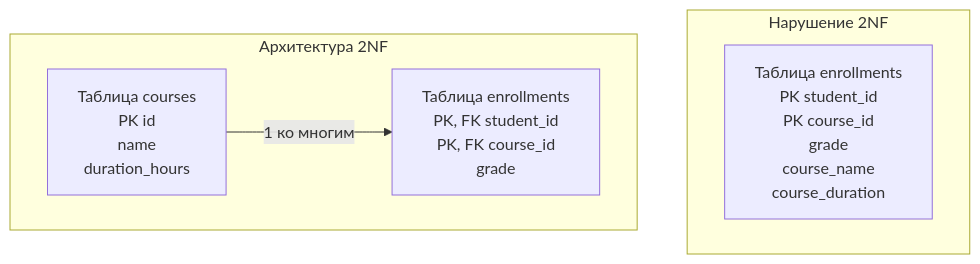
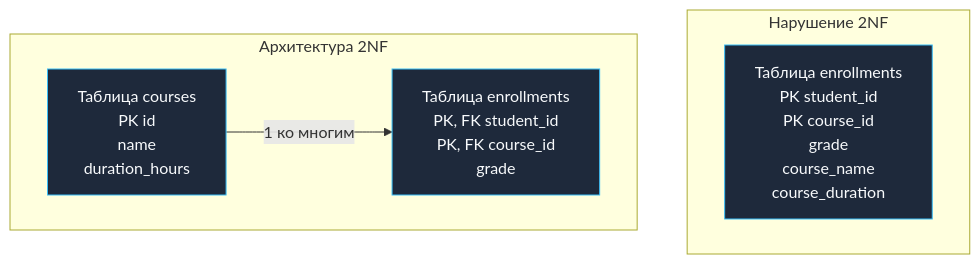
One commit to UnrealTemplier/go-textbook changed the diagram in sources/12. Базы данных/01. Введение и фундамент/11. Вторая нормальная форма 2NF.md. Above: the diagram before and after it, drawn with Mermaid. The commit also changed 1666 other files, not shown here.

First line of the commit message:
feat(mermaid): add semantic color classDef to 1369 colorless flowchart/graph diagrams

````diff
--- a/sources/12. Базы данных/01. Введение и фундамент/11. Вторая нормальная форма 2NF.md
+++ b/sources/12. Базы данных/01. Введение и фундамент/11. Вторая нормальная форма 2NF.md
@@ -52,13 +52,23 @@
 ```mermaid
 flowchart TD
+    classDef process  fill:#1e293b,stroke:#38bdf8,stroke-width:1px,color:#f8fafc
+    classDef success  fill:#064e3b,stroke:#34d399,stroke-width:1px,color:#f8fafc
+    classDef error    fill:#7f1d1d,stroke:#f87171,stroke-width:1px,color:#f8fafc
+    classDef warning  fill:#78350f,stroke:#fbbf24,stroke-width:1px,color:#f8fafc
+    classDef entry    fill:#1e3a5f,stroke:#38bdf8,stroke-width:2px,color:#f8fafc
+    classDef aux      fill:#334155,stroke:#64748b,stroke-width:1px,color:#f8fafc
+    classDef system   fill:#312e81,stroke:#a78bfa,stroke-width:1px,color:#f8fafc
+    classDef data     fill:#132d29,stroke:#2dd4bf,stroke-width:1px,color:#f8fafc
+    classDef network  fill:#881337,stroke:#fb7185,stroke-width:1px,color:#f8fafc
+    classDef accent   fill:#1e1b4b,stroke:#818cf8,stroke-width:1px,color:#f8fafc
     subgraph Нарушение 2NF
-        Bad["Таблица enrollments<br>PK student_id<br>PK course_id<br>grade<br>course_name<br>course_duration"]
+        Bad["Таблица enrollments<br>PK student_id<br>PK course_id<br>grade<br>course_name<br>course_duration"]:::process
     end
 
     subgraph Архитектура 2NF
-        Courses["Таблица courses<br>PK id<br>name<br>duration_hours"]
-        Enroll["Таблица enrollments<br>PK, FK student_id<br>PK, FK course_id<br>grade"]
+        Courses["Таблица courses<br>PK id<br>name<br>duration_hours"]:::process
+        Enroll["Таблица enrollments<br>PK, FK student_id<br>PK, FK course_id<br>grade"]:::process
         
         Courses -->|"1 ко многим"| Enroll
     end
 ```
````
